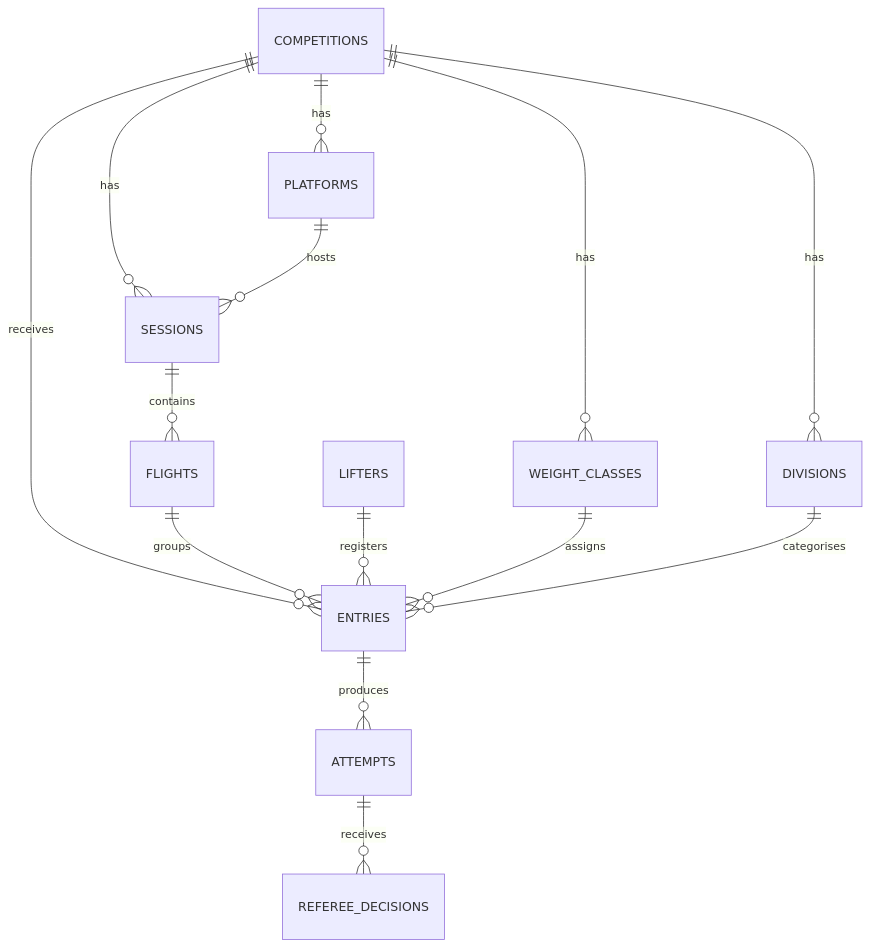
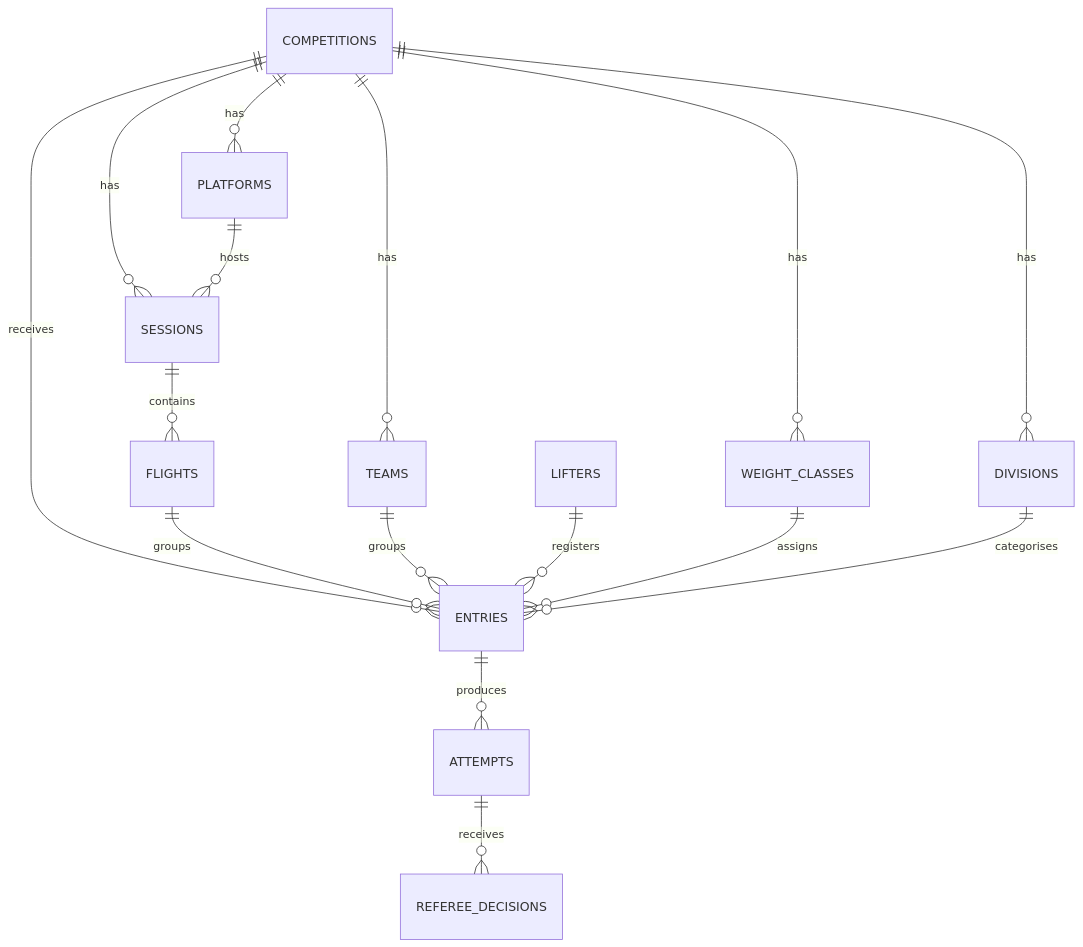
One commit to StrengthAnalytics/Comp-Software changed the diagram in ARCHITECTURE.md. Above: the diagram before and after it, drawn with Mermaid. The commit also changed other lines of this file and 8 other files, not shown here.

````diff
--- a/ARCHITECTURE.md
+++ b/ARCHITECTURE.md
@@ -28,16 +28,18 @@
 ```mermaid
 erDiagram
   COMPETITIONS ||--o{ DIVISIONS : has
   COMPETITIONS ||--o{ WEIGHT_CLASSES : has
   COMPETITIONS ||--o{ PLATFORMS : has
   COMPETITIONS ||--o{ SESSIONS : has
   COMPETITIONS ||--o{ ENTRIES : receives
+  COMPETITIONS ||--o{ TEAMS : has
   PLATFORMS ||--o{ SESSIONS : hosts
   SESSIONS ||--o{ FLIGHTS : contains
   FLIGHTS ||--o{ ENTRIES : groups
+  TEAMS ||--o{ ENTRIES : groups
   LIFTERS ||--o{ ENTRIES : registers
   WEIGHT_CLASSES ||--o{ ENTRIES : assigns
   DIVISIONS ||--o{ ENTRIES : categorises
   ENTRIES ||--o{ ATTEMPTS : produces
   ATTEMPTS ||--o{ REFEREE_DECISIONS : receives
 ```
````
